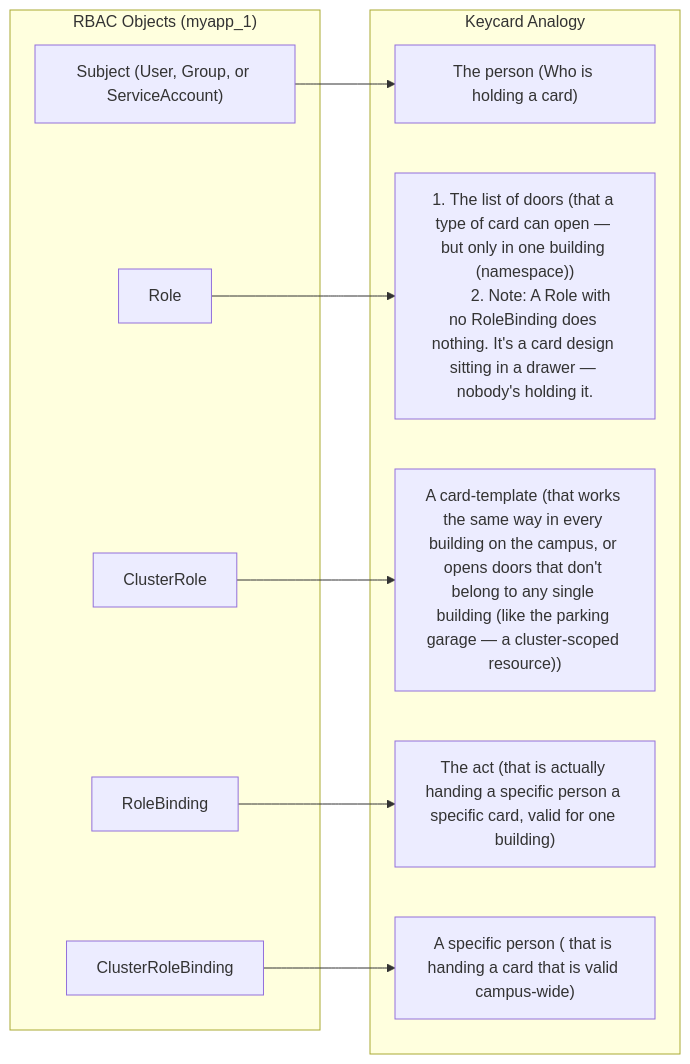
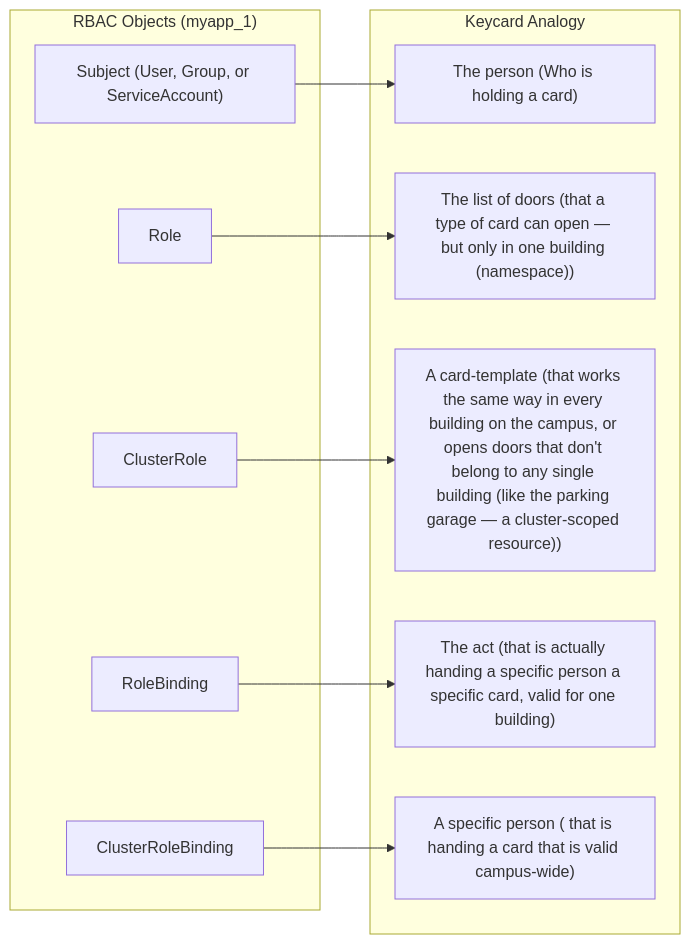
One commit to gMpHSpLB/myapp_1 changed the diagram in README.md. Above: the diagram before and after it, drawn with Mermaid.

Commit message:
Add additional information to  RBAC mental model in Readme

````diff
--- a/README.md
+++ b/README.md
@@ -23,25 +23,24 @@
 ```mermaid
 flowchart LR
     subgraph RBACobject["RBAC Objects (myapp_1)"]
         RBACobject1["Subject (User, Group, or ServiceAccount)"]
         RBACobject2["Role"]
         RBACobject3["ClusterRole"]
         RBACobject4["RoleBinding"]
         RBACobject5["ClusterRoleBinding"]
     end
 
     subgraph Keycard["Keycard Analogy"]
         KeycardAttr1["The person (Who is holding a card)"]
-        KeycardAttr2["1. The list of doors (that a type of card can open — but only in one building (namespace))
-        2. Note: A Role with no RoleBinding does nothing. It's a card design sitting in a drawer — nobody's holding it."]
+        KeycardAttr2["The list of doors (that a type of card can open — but only in one building (namespace))"]
         KeycardAttr3["A card-template (that works the same way in every building on the campus, or opens doors that don't belong to any single building (like the parking garage — a cluster-scoped resource))"]
         KeycardAttr4["The act (that is actually handing a specific person a specific card, valid for one building)"]
         KeycardAttr5["A specific person ( that is handing a card that is valid campus-wide)"]
     end
 
     RBACobject1 --> KeycardAttr1
     RBACobject2 --> KeycardAttr2
     RBACobject3 --> KeycardAttr3
     RBACobject4 --> KeycardAttr4
     RBACobject5 --> KeycardAttr5
 ```
````
